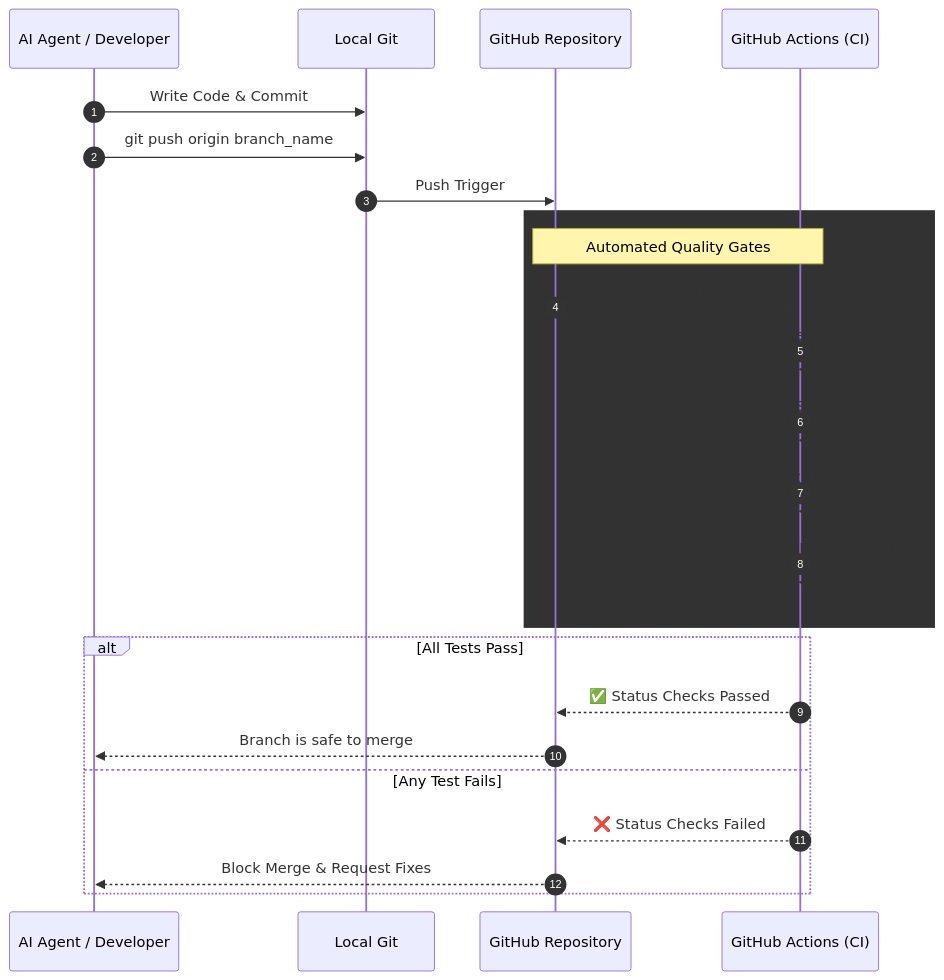
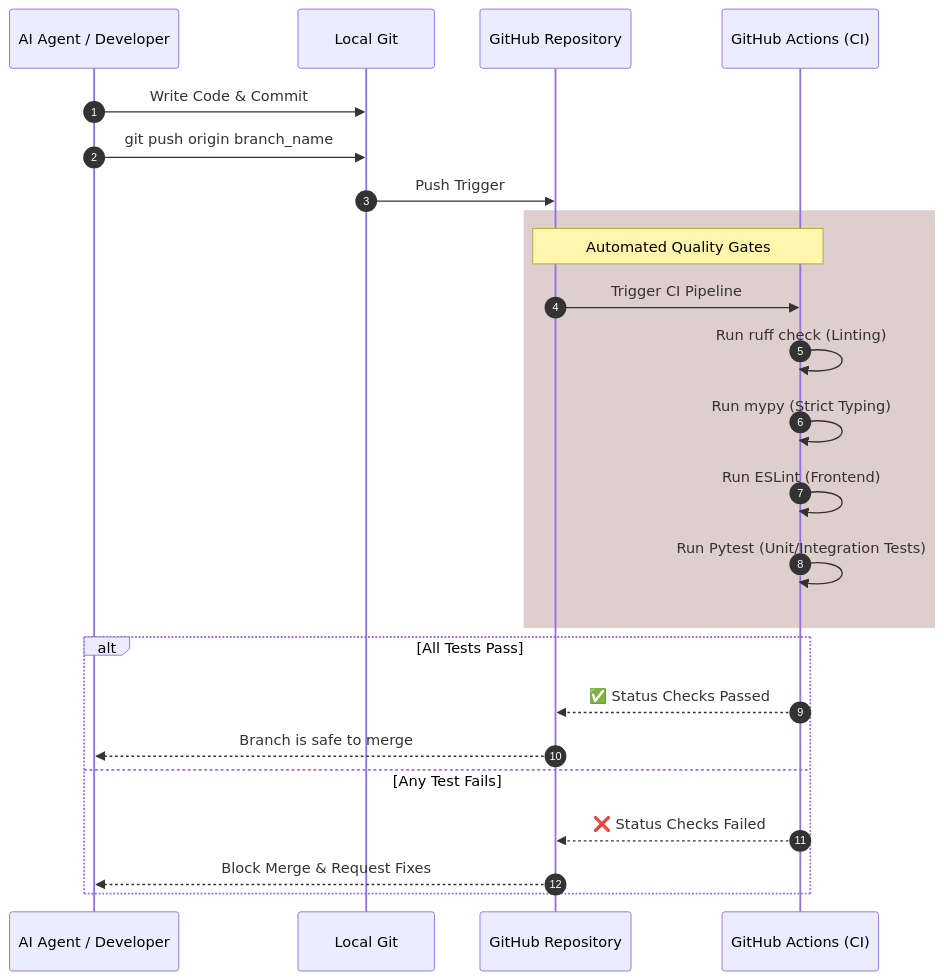
Before and after one commit to matan60003/PenguWave: the fourth of 4 diagrams in SYSTEM_FLOW_DIAGRAMS.md, drawn with Mermaid.

Commit message:
Update system flow diagrams color

````diff
--- a/SYSTEM_FLOW_DIAGRAMS.md
+++ b/SYSTEM_FLOW_DIAGRAMS.md
@@ -143,29 +143,29 @@
 ```mermaid
 sequenceDiagram
     autonumber
     participant Dev as AI Agent / Developer
     participant Git as Local Git
     participant GitHub as GitHub Repository
     participant Actions as GitHub Actions (CI)
     
     Dev->>Git: Write Code & Commit
     Dev->>Git: git push origin branch_name
     Git->>GitHub: Push Trigger
     
-    rect rgb(50, 50, 50)
+    rect rgba(223, 206, 206, 1)
     Note over GitHub,Actions: Automated Quality Gates
     GitHub->>Actions: Trigger CI Pipeline
     Actions->>Actions: Run ruff check (Linting)
     Actions->>Actions: Run mypy (Strict Typing)
     Actions->>Actions: Run ESLint (Frontend)
     Actions->>Actions: Run Pytest (Unit/Integration Tests)
     end
     
     alt All Tests Pass
         Actions-->>GitHub: ✅ Status Checks Passed
         GitHub-->>Dev: Branch is safe to merge
     else Any Test Fails
         Actions-->>GitHub: ❌ Status Checks Failed
         GitHub-->>Dev: Block Merge & Request Fixes
     end
 ```
````
